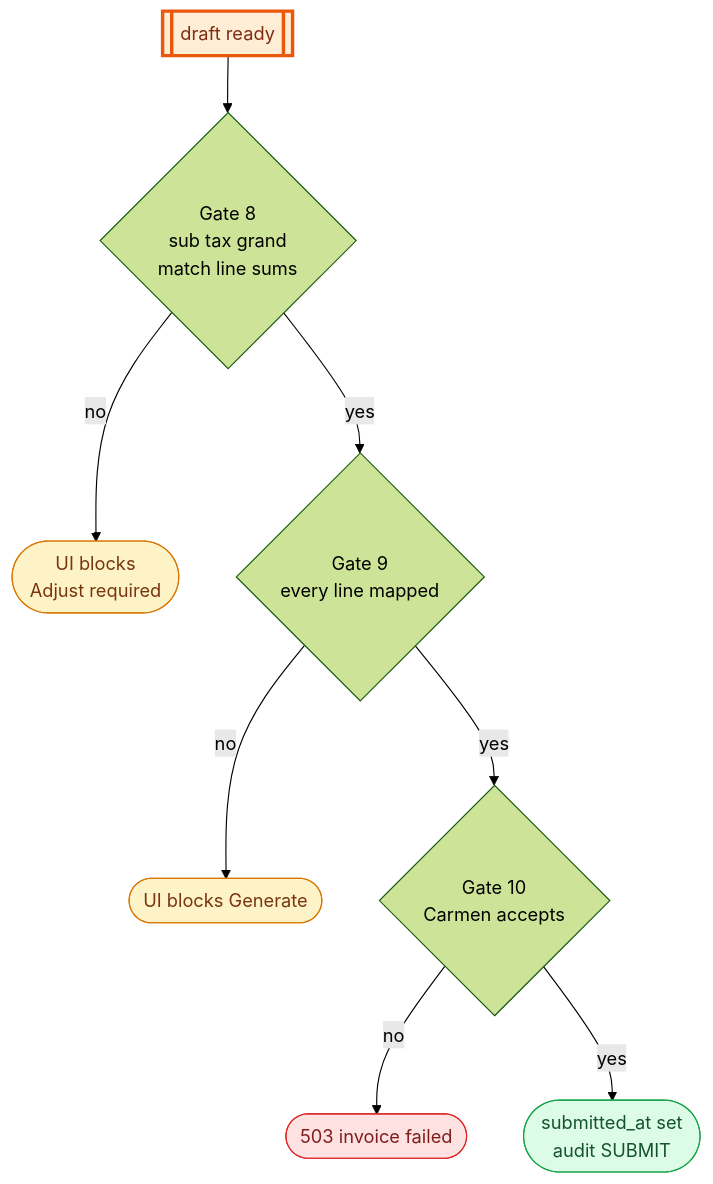
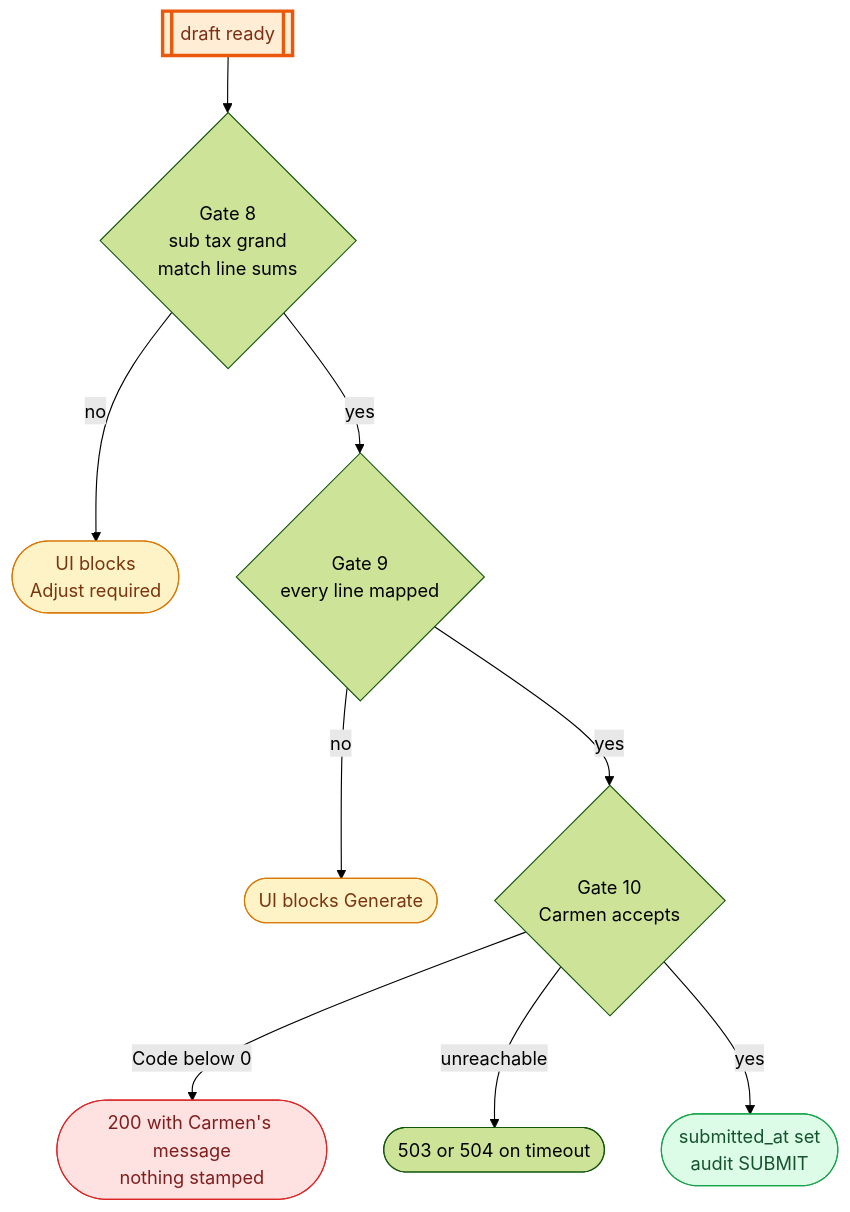
The eighth of 8 diagrams in docs/frd/FRD-02-ap-invoice.md (developer-carmensoftware/OCR), drawn with Mermaid (forest theme) before and after one commit. The commit also changed other lines of this file and 10 other files, not shown here.

First line of the commit message:
docs(frd): correct the 10 timeline FRDs against the code at 2be6d7c9

````diff
--- a/docs/frd/FRD-02-ap-invoice.md
+++ b/docs/frd/FRD-02-ap-invoice.md
@@ -415,19 +416,20 @@
 ```mermaid 8.4c | From draft to Carmen AP Invoice
 flowchart TB
     IN[[draft ready]] --> G8{Gate 8<br/>sub tax grand<br/>match line sums}
     G8 -->|no| B8([UI blocks<br/>Adjust required])
     G8 -->|yes| G9{Gate 9<br/>every line mapped}
     G9 -->|no| B9([UI blocks Generate])
     G9 -->|yes| G10{Gate 10<br/>Carmen accepts}
-    G10 -->|no| E10([503 invoice failed])
+    G10 -->|Code below 0| E10([200 with Carmen's message<br/>nothing stamped])
+    G10 -->|unreachable| E11([503 or 504 on timeout])
     G10 -->|yes| OK([submitted_at set<br/>audit SUBMIT])
 
     classDef good fill:#DCFCE7,stroke:#16A34A,color:#14532D
     classDef bad fill:#FEE2E2,stroke:#DC2626,color:#7F1D1D
     classDef warn fill:#FEF3C7,stroke:#D97706,color:#78350F
     classDef charge fill:#FFEDD5,stroke:#EA580C,stroke-width:3px,color:#7C2D12
     class OK good
     class E10 bad
     class B8,B9 warn
     class IN charge
 ```
````
